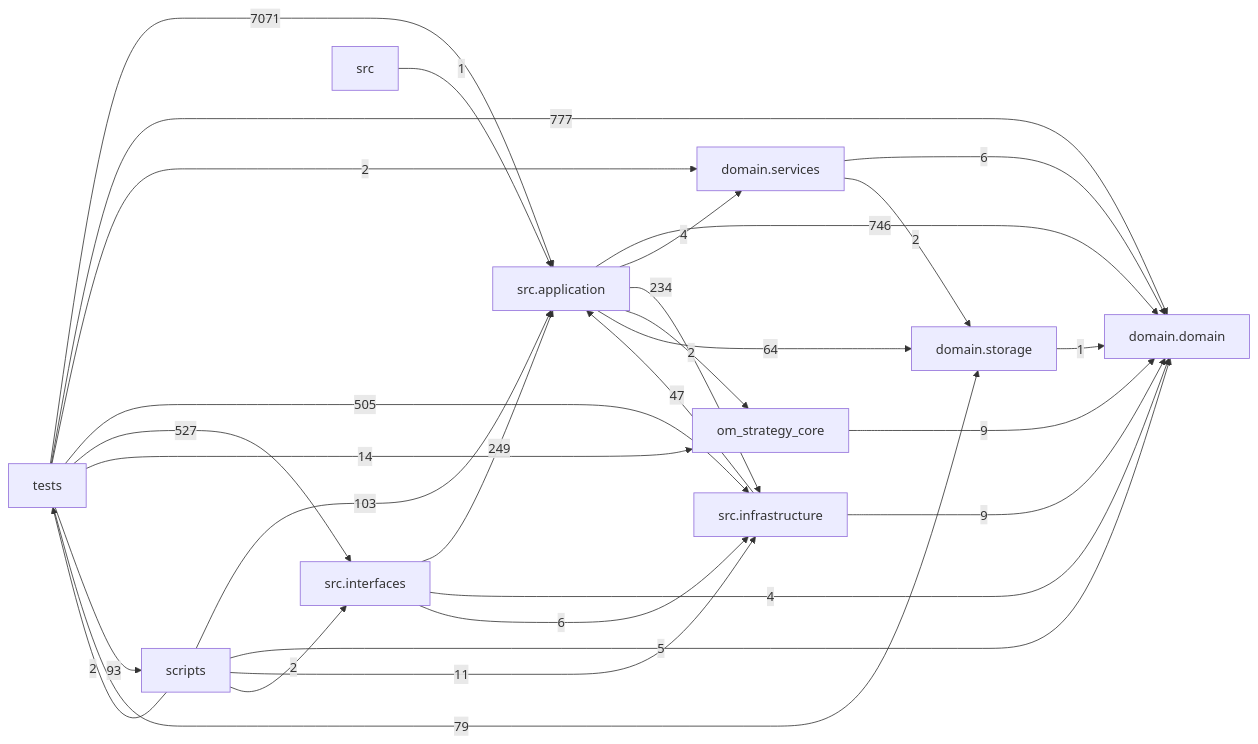
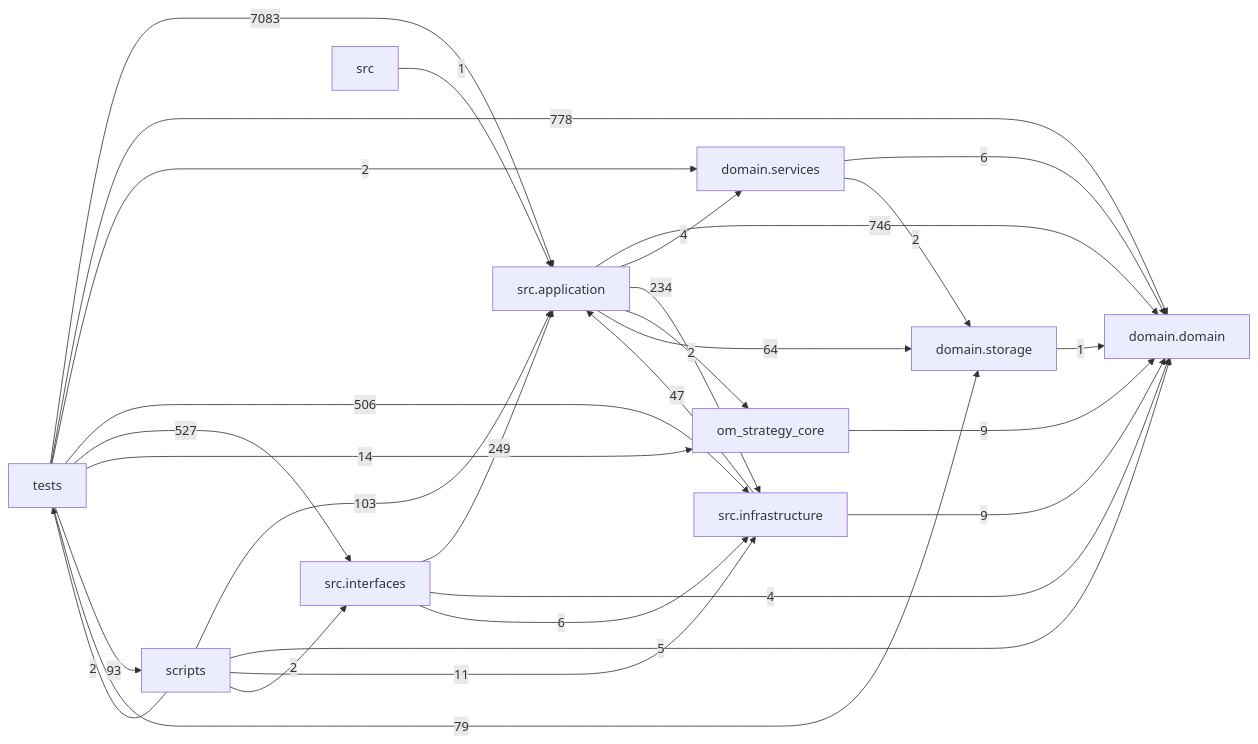
Before and after one commit to liuxie066/options-monitor: the diagram in docs/DEPENDENCY_GRAPH.md, drawn with Mermaid. The commit also changed other lines of this file and 6 other files, not shown here.

````diff
--- a/docs/DEPENDENCY_GRAPH.md
+++ b/docs/DEPENDENCY_GRAPH.md
@@ -24,39 +24,39 @@
 ```mermaid
 flowchart LR
   tests["tests"]
   scripts["scripts"]
   interfaces["src.interfaces"]
   application["src.application"]
   infrastructure["src.infrastructure"]
   domain_services["domain.services"]
   domain["domain.domain"]
   storage["domain.storage"]
   application -->|746| domain
   application -->|4| domain_services
   application -->|234| infrastructure
   application -->|2| om_strategy_core
   application -->|64| storage
   domain_services -->|6| domain
   domain_services -->|2| storage
   infrastructure -->|47| application
   infrastructure -->|9| domain
   interfaces -->|249| application
   interfaces -->|4| domain
   interfaces -->|6| infrastructure
   om_strategy_core -->|9| domain
   scripts -->|103| application
   scripts -->|5| domain
   scripts -->|11| infrastructure
   scripts -->|2| interfaces
   scripts -->|2| tests
   src -->|1| application
   storage -->|1| domain
-  tests -->|7071| application
-  tests -->|777| domain
+  tests -->|7083| application
+  tests -->|778| domain
   tests -->|2| domain_services
-  tests -->|505| infrastructure
+  tests -->|506| infrastructure
   tests -->|527| interfaces
   tests -->|14| om_strategy_core
   tests -->|93| scripts
   tests -->|79| storage
 ```
````
